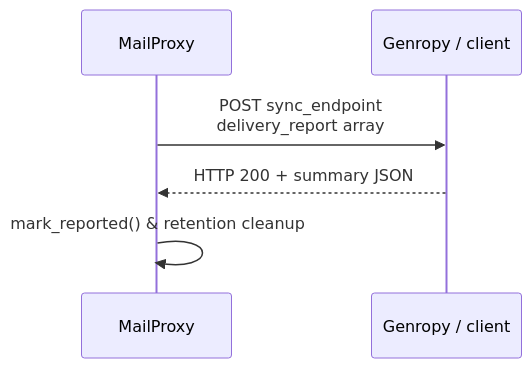
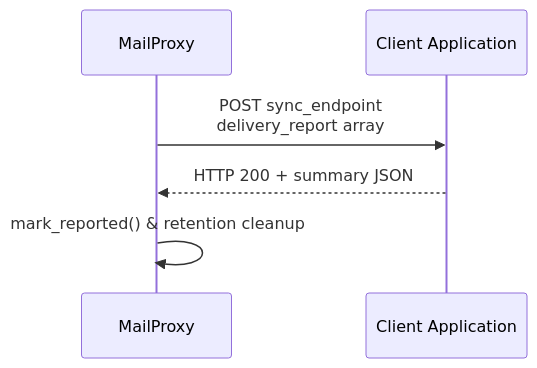
Before and after one commit to genropy/genro-mail-proxy: the diagram in docs/protocol.rst, drawn with Mermaid. The commit also changed 6 other files, not shown here.

```diff
--- a/docs/protocol.rst
+++ b/docs/protocol.rst
@@ -239,10 +239,10 @@
 .. mermaid::
    :caption: proxy_sync HTTP exchange
 
    sequenceDiagram
      participant Core as MailProxy
-     participant Upstream as Genropy / client
+     participant Upstream as Client Application
 
      Core->>Upstream: POST sync_endpoint<br/>delivery_report array
      Upstream-->>Core: HTTP 200 + summary JSON
      Core->>Core: mark_reported() & retention cleanup
```
